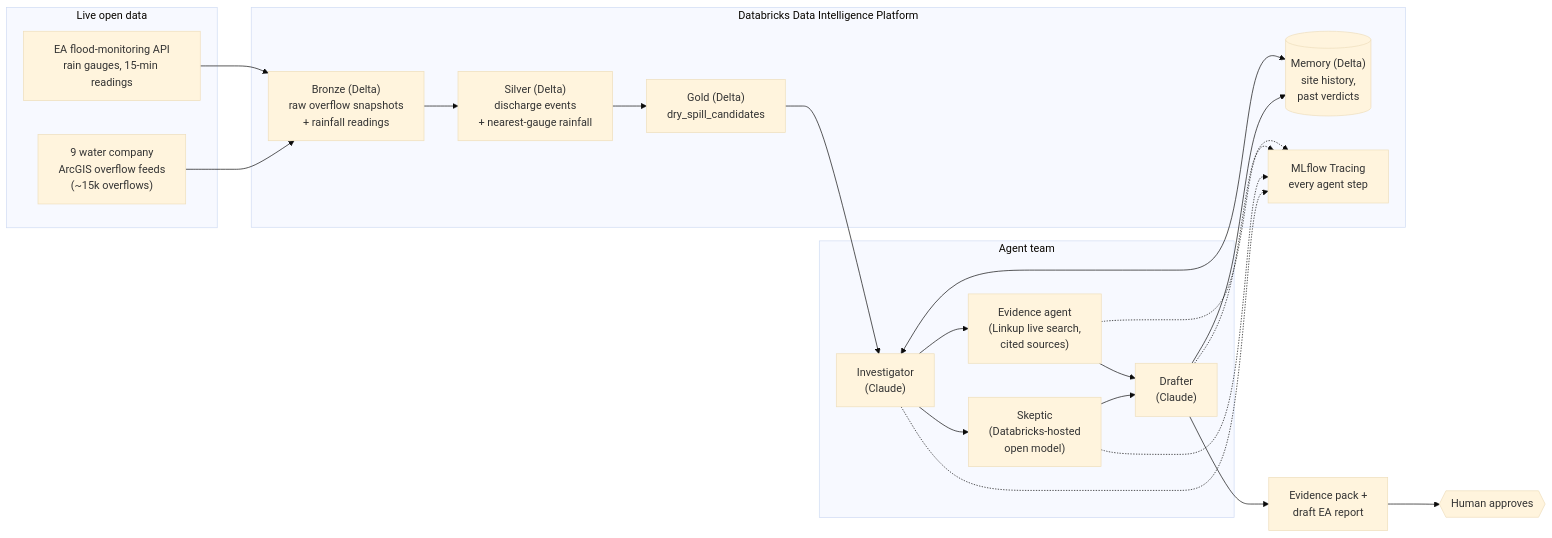
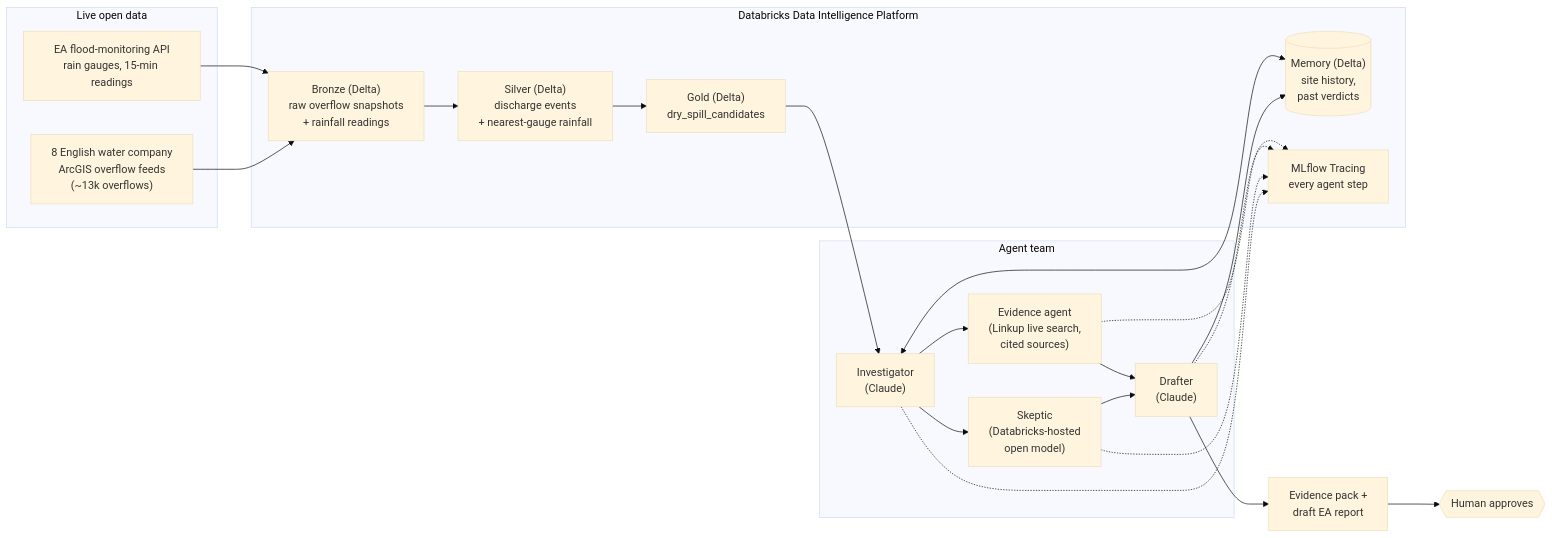
The diagram in README.md (Kang-Ji-2048/Sentinels), drawn with Mermaid (base theme) before and after one commit. The commit also changed other lines of this file, not shown here.

Commit message:
README: verified, sourced pitch numbers (EA 291,492 spills in 2025; Times ~15,000 dry-day spills)
Claude-Session: https://claude.ai/code/session_01UZM5pHhQn9dAYYBApVN3N9

````diff
--- a/README.md
+++ b/README.md
@@ -24,41 +24,41 @@
 ```mermaid
 flowchart LR
     subgraph Sources["Live open data"]
-        A1["9 water company<br/>ArcGIS overflow feeds<br/>(~15k overflows)"]
+        A1["8 English water company<br/>ArcGIS overflow feeds<br/>(~13k overflows)"]
         A2["EA flood-monitoring API<br/>rain gauges, 15-min readings"]
     end
 
     subgraph Databricks["Databricks Data Intelligence Platform"]
         B["Bronze (Delta)<br/>raw overflow snapshots<br/>+ rainfall readings"]
         S["Silver (Delta)<br/>discharge events<br/>+ nearest-gauge rainfall"]
         G["Gold (Delta)<br/>dry_spill_candidates"]
         M[("Memory (Delta)<br/>site history,<br/>past verdicts")]
         T["MLflow Tracing<br/>every agent step"]
     end
 
     subgraph Agents["Agent team"]
         I["Investigator<br/>(Claude)"]
         K["Skeptic<br/>(Databricks-hosted<br/>open model)"]
         L["Evidence agent<br/>(Linkup live search,<br/>cited sources)"]
         D["Drafter<br/>(Claude)"]
     end
 
     H{{"Human approves"}}
     EA["Evidence pack +<br/>draft EA report"]
 
     A1 --> B
     A2 --> B
     B --> S --> G
     G --> I
     M <--> I
     I --> K
     I --> L
     K --> D
     L --> D
     D --> EA --> H
     D --> M
     I -.-> T
     K -.-> T
     L -.-> T
     D -.-> T
 ```
````
